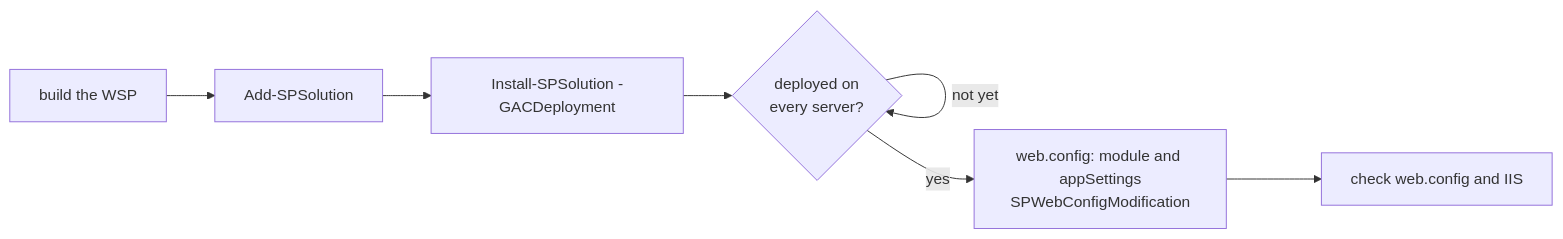
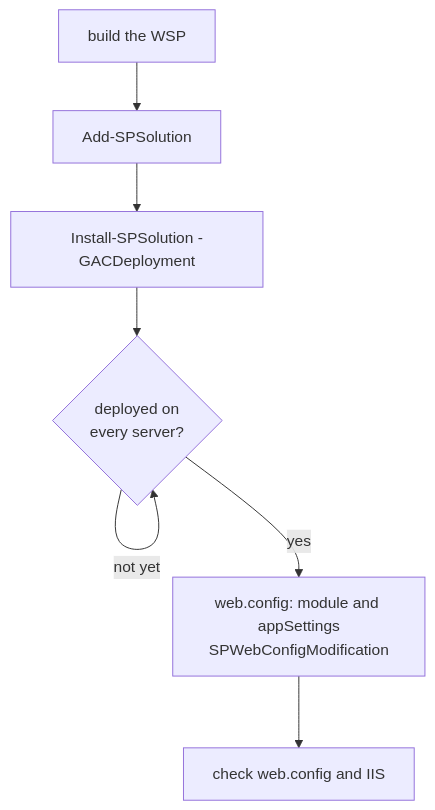
The fourth of 6 diagrams in docs/shadow.md (Papyrine/OfficeHost), drawn with Mermaid before and after one commit.

````diff
--- a/docs/shadow.md
+++ b/docs/shadow.md
@@ -123,8 +123,8 @@
   ```mermaid
-  flowchart LR
+  flowchart TD
       wsp[build the WSP] --> add[Add-SPSolution] --> deploy[Install-SPSolution -GACDeployment]
       deploy --> wait{deployed on<br/>every server?}
       wait -->|not yet| wait
       wait -->|yes| config[web.config: module and appSettings<br/>SPWebConfigModification]
       config --> check[check web.config and IIS]
   ```
````
